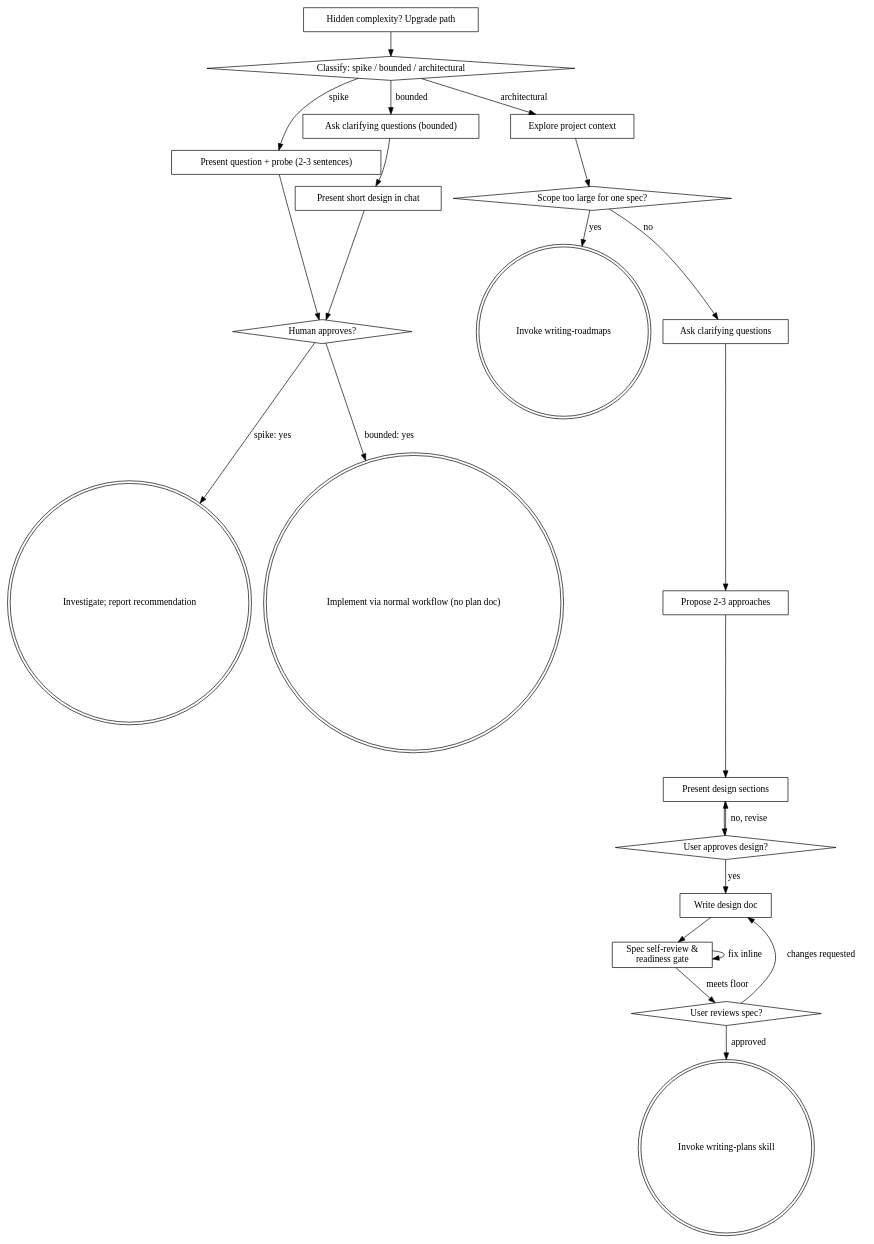
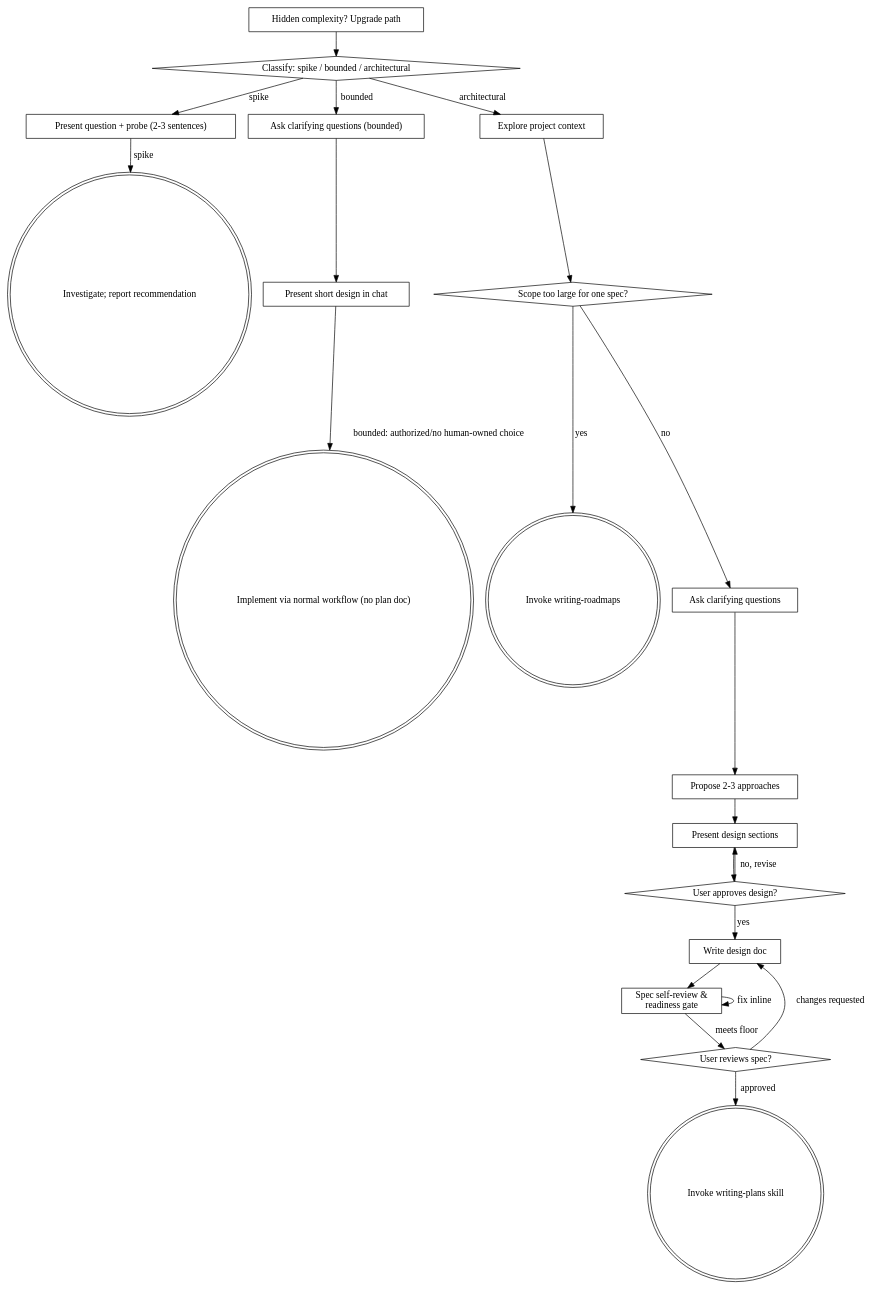
The diagram in .agents/skills/brainstorming/SKILL.md (HarleyBartles/agent-asset-marketplace), drawn with Graphviz before and after one commit. The commit also changed other lines of this file and 15 other files, not shown here.

````diff
--- a/.agents/skills/brainstorming/SKILL.md
+++ b/.agents/skills/brainstorming/SKILL.md
@@ -136,47 +135,44 @@
 ```dot
 digraph brainstorming {
     "Classify: spike / bounded / architectural" [shape=diamond];
     "Present question + probe (2-3 sentences)" [shape=box];
     "Ask clarifying questions (bounded)" [shape=box];
     "Present short design in chat" [shape=box];
-    "Human approves?" [shape=diamond];
     "Investigate; report recommendation" [shape=doublecircle];
     "Implement via normal workflow (no plan doc)" [shape=doublecircle];
     "Explore project context" [shape=box];
     "Scope too large for one spec?" [shape=diamond];
     "Invoke writing-roadmaps" [shape=doublecircle];
     "Ask clarifying questions" [shape=box];
     "Propose 2-3 approaches" [shape=box];
     "Present design sections" [shape=box];
     "User approves design?" [shape=diamond];
     "Write design doc" [shape=box];
     "Spec self-review &\nreadiness gate" [shape=box];
     "User reviews spec?" [shape=diamond];
     "Invoke writing-plans skill" [shape=doublecircle];
     "Hidden complexity? Upgrade path" [shape=box];
 
     "Classify: spike / bounded / architectural" -> "Present question + probe (2-3 sentences)" [label="spike"];
     "Classify: spike / bounded / architectural" -> "Ask clarifying questions (bounded)" [label="bounded"];
     "Classify: spike / bounded / architectural" -> "Explore project context" [label="architectural"];
-    "Present question + probe (2-3 sentences)" -> "Human approves?";
     "Ask clarifying questions (bounded)" -> "Present short design in chat";
-    "Present short design in chat" -> "Human approves?";
-    "Human approves?" -> "Investigate; report recommendation" [label="spike: yes"];
-    "Human approves?" -> "Implement via normal workflow (no plan doc)" [label="bounded: yes"];
+    "Present question + probe (2-3 sentences)" -> "Investigate; report recommendation" [label="spike"];
+    "Present short design in chat" -> "Implement via normal workflow (no plan doc)" [label="bounded: authorized/no human-owned choice"];
     "Hidden complexity? Upgrade path" -> "Classify: spike / bounded / architectural";
 
     "Explore project context" -> "Scope too large for one spec?";
     "Scope too large for one spec?" -> "Invoke writing-roadmaps" [label="yes"];
     "Scope too large for one spec?" -> "Ask clarifying questions" [label="no"];
     "Ask clarifying questions" -> "Propose 2-3 approaches";
     "Propose 2-3 approaches" -> "Present design sections";
     "Present design sections" -> "User approves design?";
     "User approves design?" -> "Present design sections" [label="no, revise"];
     "User approves design?" -> "Write design doc" [label="yes"];
     "Write design doc" -> "Spec self-review &\nreadiness gate";
     "Spec self-review &\nreadiness gate" -> "Spec self-review &\nreadiness gate" [label="fix inline"];
     "Spec self-review &\nreadiness gate" -> "User reviews spec?" [label="meets floor"];
     "User reviews spec?" -> "Write design doc" [label="changes requested"];
     "User reviews spec?" -> "Invoke writing-plans skill" [label="approved"];
 }
 ```
````
